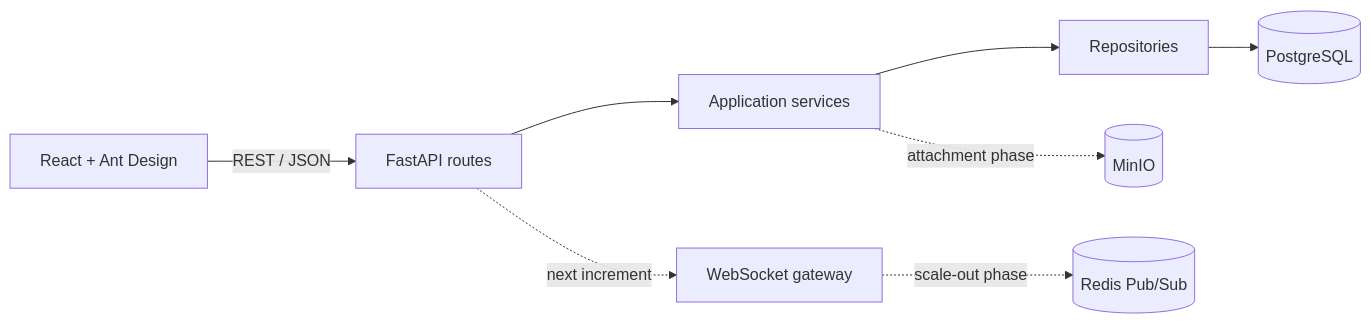
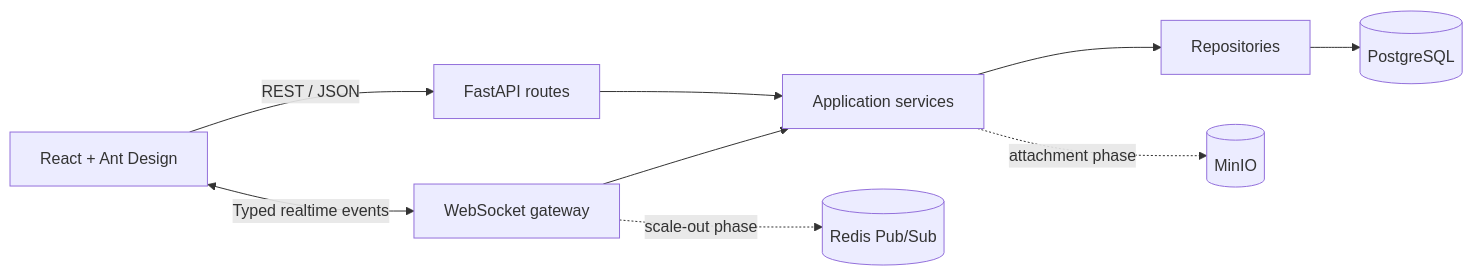
The diagram in README.md (Singatha/chatterbox), drawn with Mermaid before and after one commit. The commit also changed other lines of this file and 25 other files, not shown here.

````diff
--- a/README.md
+++ b/README.md
@@ -30,10 +35,11 @@
 ```mermaid
 flowchart LR
     Browser[React + Ant Design] -->|REST / JSON| API[FastAPI routes]
     API --> Services[Application services]
     Services --> Repos[Repositories]
     Repos --> DB[(PostgreSQL)]
-    API -. next increment .-> WS[WebSocket gateway]
+    Browser <-->|Typed realtime events| WS[WebSocket gateway]
+    WS --> Services
     WS -. scale-out phase .-> Redis[(Redis Pub/Sub)]
     Services -. attachment phase .-> MinIO[(MinIO)]
 ```
````
